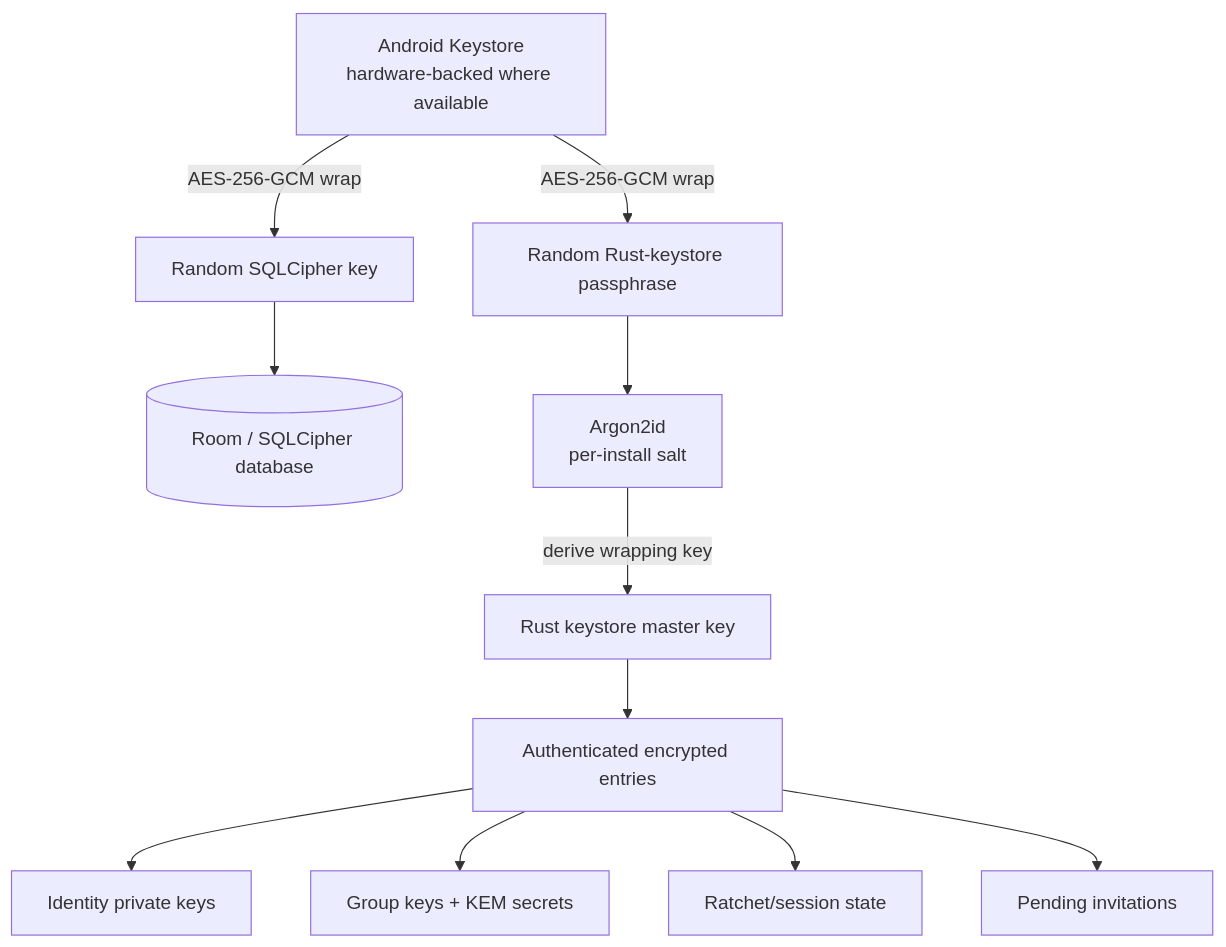
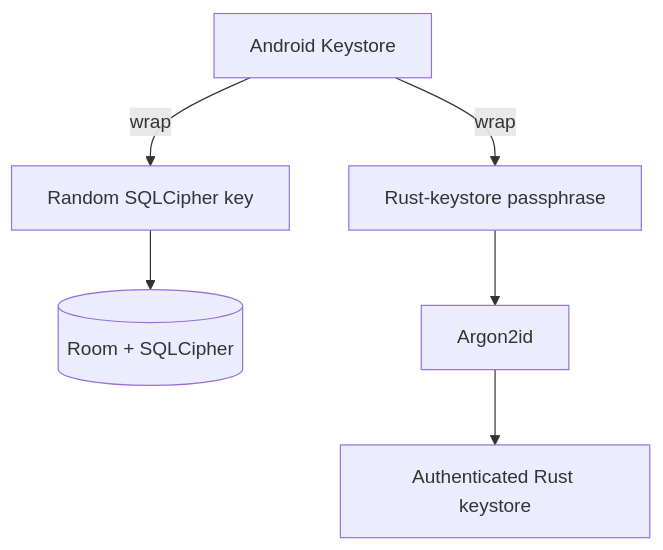
Before and after one commit to MKlolbullen/Qubee: the second of 2 diagrams in README.md, drawn with Mermaid. The commit also changed other lines of this file, not shown here.

````diff
--- a/README.md
+++ b/README.md
@@ -295,21 +243,15 @@
 ```mermaid
 flowchart TB
-    AK[Android Keystore<br/>hardware-backed where available]
+    AK[Android Keystore]
     DBK[Random SQLCipher key]
-    RP[Random Rust-keystore passphrase]
-    DB[(Room / SQLCipher database)]
-    A2[Argon2id<br/>per-install salt]
-    MK[Rust keystore master key]
-    ENTRIES[Authenticated encrypted entries]
+    RP[Rust-keystore passphrase]
+    DB[(Room + SQLCipher)]
+    KDF[Argon2id]
+    STORE[Authenticated Rust keystore]
 
-    AK -->|AES-256-GCM wrap| DBK
+    AK -->|wrap| DBK
     DBK --> DB
-    AK -->|AES-256-GCM wrap| RP
-    RP --> A2
-    A2 -->|derive wrapping key| MK
-    MK --> ENTRIES
-    ENTRIES --> IK[Identity private keys]
-    ENTRIES --> GK[Group keys + KEM secrets]
-    ENTRIES --> RS[Ratchet/session state]
-    ENTRIES --> INV[Pending invitations]
+    AK -->|wrap| RP
+    RP --> KDF
+    KDF --> STORE
 ```
````
